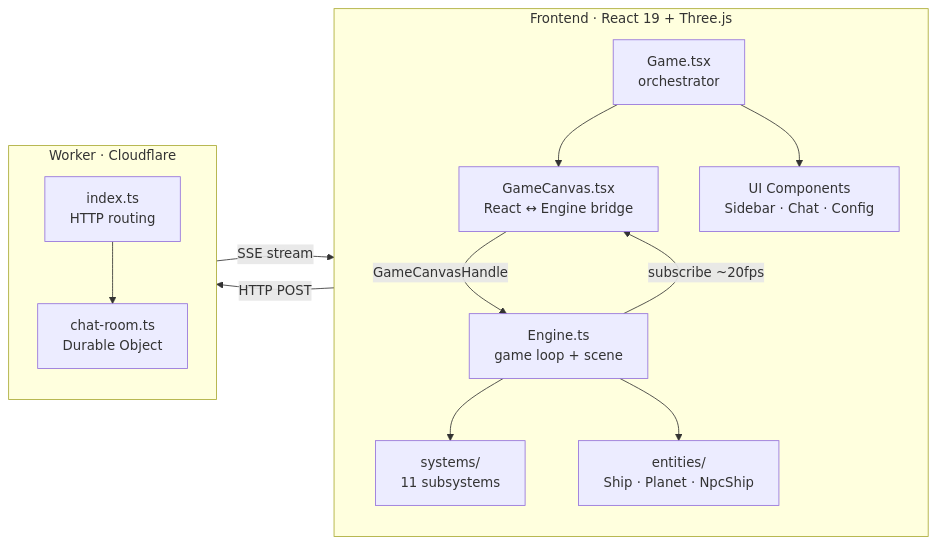
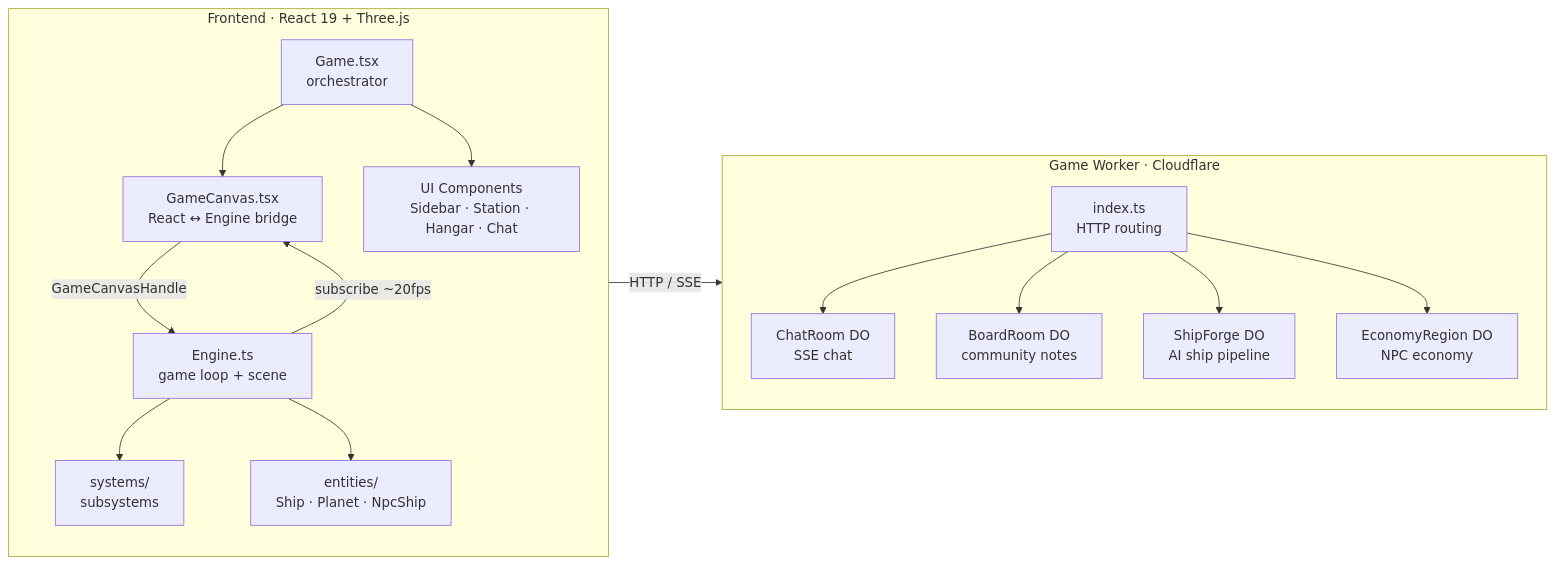
Before and after one commit to Anashel-RPG/ev2090: the first of 2 diagrams in README.md, drawn with Mermaid. The commit also changed other lines of this file and 264 other files, not shown here.

Commit message:
Massive update! - Self running cloudflare wrapper for local or docker backend - Full NPC economy v1 - Admin Panel to help you visualize your economy - New hangar and planet view - Tons of other stuff...

````diff
--- a/README.md
+++ b/README.md
@@ -60,26 +114,31 @@
 ```mermaid
 graph LR
   subgraph Frontend ["Frontend · React 19 + Three.js"]
     direction TB
     Game["Game.tsx<br/>orchestrator"]
     Canvas["GameCanvas.tsx<br/>React ↔ Engine bridge"]
     Engine["Engine.ts<br/>game loop + scene"]
-    Systems["systems/<br/>11 subsystems"]
+    Systems["systems/<br/>subsystems"]
     Entities["entities/<br/>Ship · Planet · NpcShip"]
-    Components["UI Components<br/>Sidebar · Chat · Config"]
+    Components["UI Components<br/>Sidebar · Station · Hangar · Chat"]
     Game --> Canvas
     Game --> Components
     Canvas -->|"GameCanvasHandle"| Engine
     Engine -->|"subscribe ~20fps"| Canvas
     Engine --> Systems
     Engine --> Entities
   end
-  subgraph Worker ["Worker · Cloudflare"]
+  subgraph Worker ["Game Worker · Cloudflare"]
     direction TB
     Index["index.ts<br/>HTTP routing"]
-    ChatRoom["chat-room.ts<br/>Durable Object"]
-    Index --> ChatRoom
+    ChatDO["ChatRoom DO<br/>SSE chat"]
+    BoardDO["BoardRoom DO<br/>community notes"]
+    ForgeDO["ShipForge DO<br/>AI ship pipeline"]
+    EconDO["EconomyRegion DO<br/>NPC economy"]
+    Index --> ChatDO
+    Index --> BoardDO
+    Index --> ForgeDO
+    Index --> EconDO
   end
-  Components -->|"HTTP POST"| Index
-  Index -->|"SSE stream"| Components
+  Components -->|"HTTP / SSE"| Index
 ```
````
